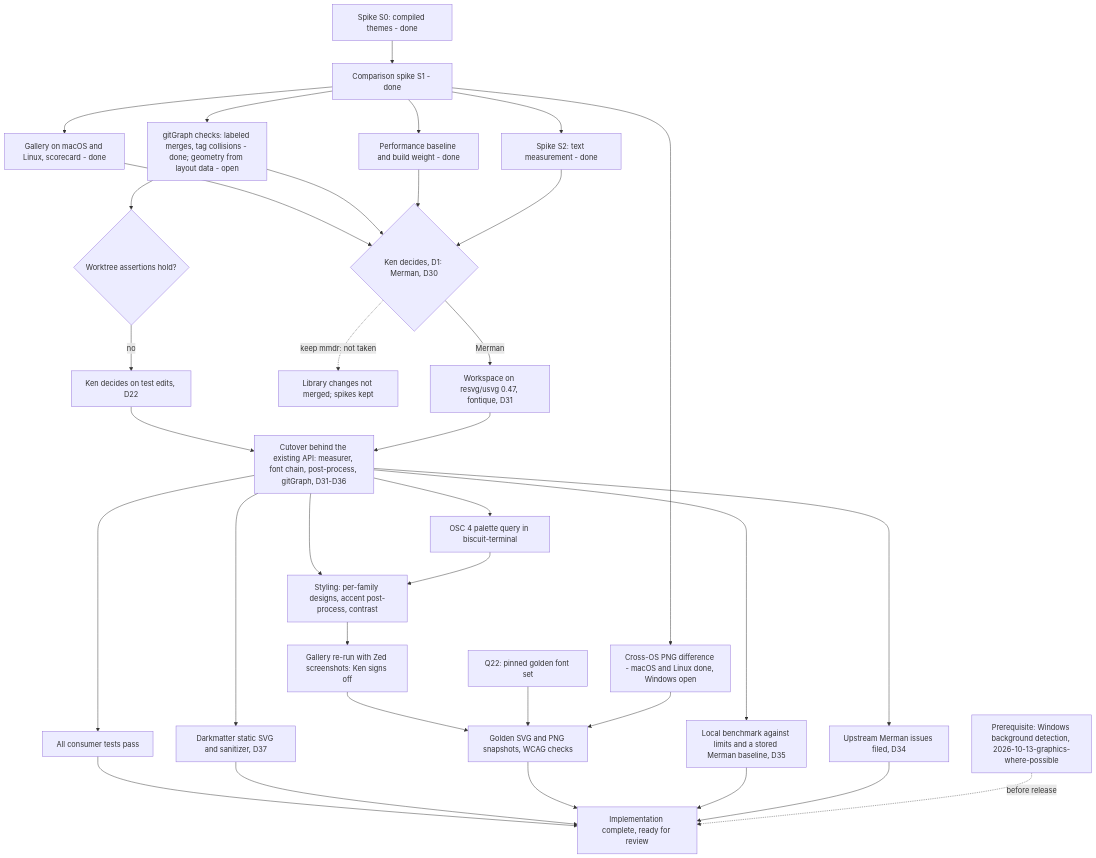
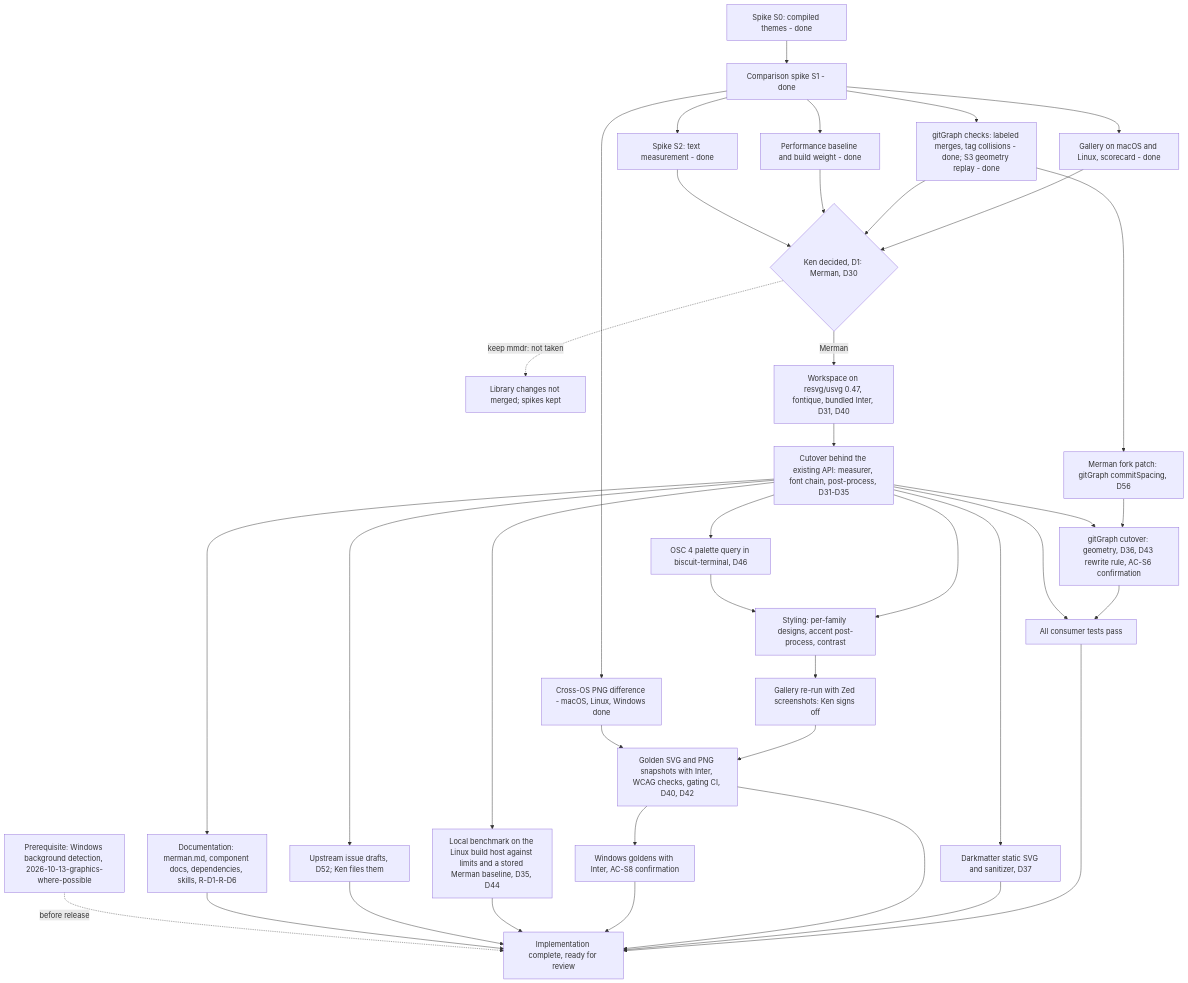
Before and after one commit to yankeeinlondon/rusty-biscuit: the second of 2 diagrams in biscuit-visualized/features/2026-10-21-merman/spec.md, drawn with Mermaid. The commit also changed other lines of this file, not shown here.

First line of the commit message:
planning(biscuit-visualized): finalize merman decisions

````diff
--- a/biscuit-visualized/features/2026-10-21-merman/spec.md
+++ b/biscuit-visualized/features/2026-10-21-merman/spec.md
@@ -950,36 +1435,40 @@
 ```mermaid
 flowchart TD
     S0[Spike S0: compiled themes - done] --> S
     S[Comparison spike S1 - done] --> G[Gallery on macOS and Linux, scorecard - done]
-    S --> V[gitGraph checks: labeled merges, tag collisions - done; geometry from layout data - open]
+    S --> V[gitGraph checks: labeled merges, tag collisions - done; S3 geometry replay - done]
     S --> B[Performance baseline and build weight - done]
-    S --> X[Cross-OS PNG difference - macOS and Linux done, Windows open]
+    S --> X[Cross-OS PNG difference - macOS, Linux, Windows done]
     S --> S2[Spike S2: text measurement - done]
-    G --> K{Ken decides, D1: Merman, D30}
+    G --> K{Ken decided, D1: Merman, D30}
     V --> K
     B --> K
     S2 --> K
-    V --> WD{Worktree assertions hold?}
-    WD -->|no| KW[Ken decides on test edits, D22]
-    KW --> C
+    V --> FK[Merman fork patch: gitGraph commitSpacing, D56]
+    FK --> GG
     K -.->|keep mmdr: not taken| RB[Library changes not merged; spikes kept]
-    K -->|Merman| U[Workspace on resvg/usvg 0.47, fontique, D31]
-    U --> C[Cutover behind the existing API: measurer, font chain, post-process, gitGraph, D31-D36]
-    C --> CT[All consumer tests pass]
+    K -->|Merman| U[Workspace on resvg/usvg 0.47, fontique, bundled Inter, D31, D40]
+    U --> C[Cutover behind the existing API: measurer, font chain, post-process, D31-D35]
+    C --> GG[gitGraph cutover: geometry, D36, D43 rewrite rule, AC-S6 confirmation]
+    GG --> CT[All consumer tests pass]
+    C --> CT
     C --> DM[Darkmatter static SVG and sanitizer, D37]
     C --> T[Styling: per-family designs, accent post-process, contrast]
-    C --> UP[Upstream Merman issues filed, D34]
-    C --> P[OSC 4 palette query in biscuit-terminal]
+    C --> UP[Upstream issue drafts, D52; Ken files them]
+    C --> P[OSC 4 palette query in biscuit-terminal, D46]
     P --> T
     T --> R[Gallery re-run with Zed screenshots: Ken signs off]
-    R --> L[Golden SVG and PNG snapshots, WCAG checks]
-    FQ[Q22: pinned golden font set] --> L
+    R --> L[Golden SVG and PNG snapshots with Inter, WCAG checks, gating CI, D40, D42]
     X --> L
-    C --> PF[Local benchmark against limits and a stored Merman baseline, D35]
+    L --> WL[Windows goldens with Inter, AC-S8 confirmation]
+    C --> PF[Local benchmark on the Linux build host against limits and a stored Merman baseline, D35, D44]
     CT --> DONE2[Implementation complete, ready for review]
     DM --> DONE2
     L --> DONE2
+    WL --> DONE2
     PF --> DONE2
     UP --> DONE2
+    C --> DOC[Documentation: merman.md, component docs, dependencies, skills, R-D1-R-D6]
+    DOC --> DONE2
     W[Prerequisite: Windows background detection, 2026-10-13-graphics-where-possible] -.->|before release| DONE2
 ```
````
